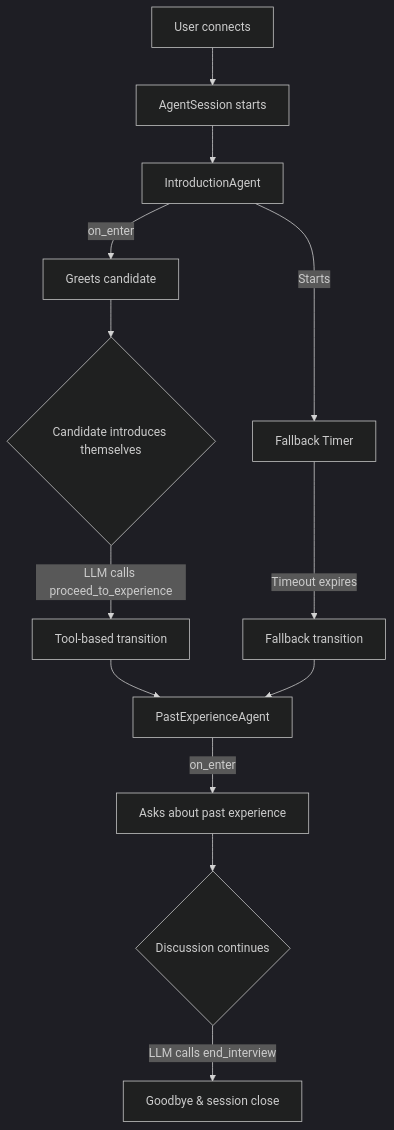
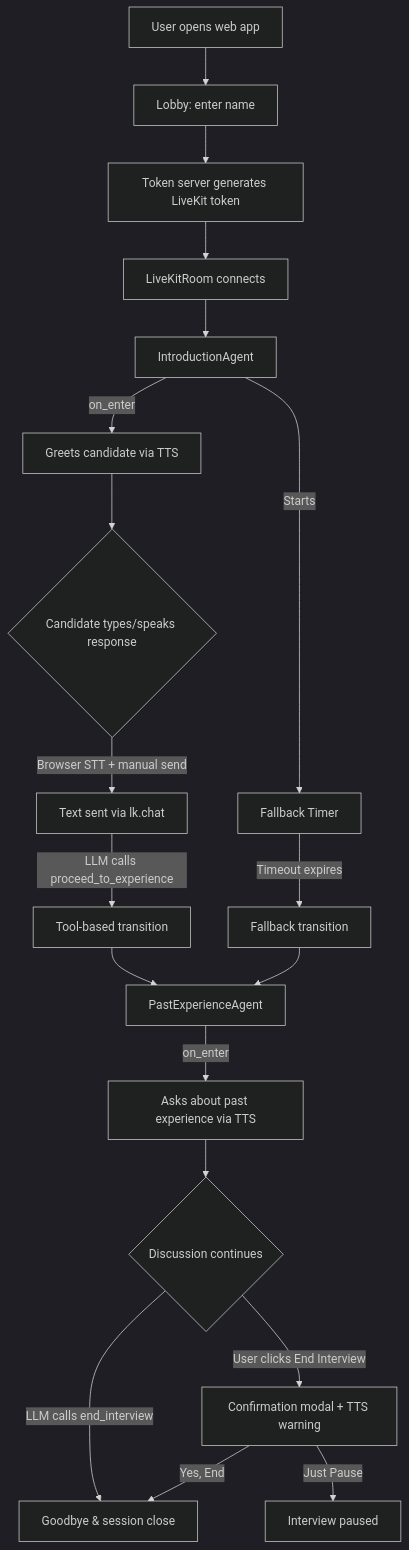
Before and after one commit to anhtranst/moc_interview_demo: the first of 3 diagrams in README.md, drawn with Mermaid (dark theme). The commit also changed other lines of this file and 10 other files, not shown here.

````diff
--- a/README.md
+++ b/README.md
@@ -17,15 +20,21 @@
 ```mermaid
 flowchart TD
-    A[User connects] --> B[AgentSession starts]
-    B --> C[IntroductionAgent]
-    C -->|on_enter| D[Greets candidate]
-    C -->|Starts| E[Fallback Timer]
-    D --> F{Candidate introduces themselves}
-    F -->|LLM calls proceed_to_experience| G[Tool-based transition]
-    E -->|Timeout expires| H[Fallback transition]
-    G --> I[PastExperienceAgent]
-    H --> I
-    I -->|on_enter| J[Asks about past experience]
-    J --> K{Discussion continues}
-    K -->|LLM calls end_interview| L[Goodbye & session close]
+    A[User opens web app] --> B[Lobby: enter name]
+    B --> C[Token server generates LiveKit token]
+    C --> D[LiveKitRoom connects]
+    D --> E[IntroductionAgent]
+    E -->|on_enter| F[Greets candidate via TTS]
+    E -->|Starts| G[Fallback Timer]
+    F --> H{Candidate types/speaks response}
+    H -->|Browser STT + manual send| I[Text sent via lk.chat]
+    I -->|LLM calls proceed_to_experience| J[Tool-based transition]
+    G -->|Timeout expires| K[Fallback transition]
+    J --> L[PastExperienceAgent]
+    K --> L
+    L -->|on_enter| M[Asks about past experience via TTS]
+    M --> N{Discussion continues}
+    N -->|LLM calls end_interview| O[Goodbye & session close]
+    N -->|User clicks End Interview| P[Confirmation modal + TTS warning]
+    P -->|Just Pause| Q[Interview paused]
+    P -->|Yes, End| O
 ```
````
